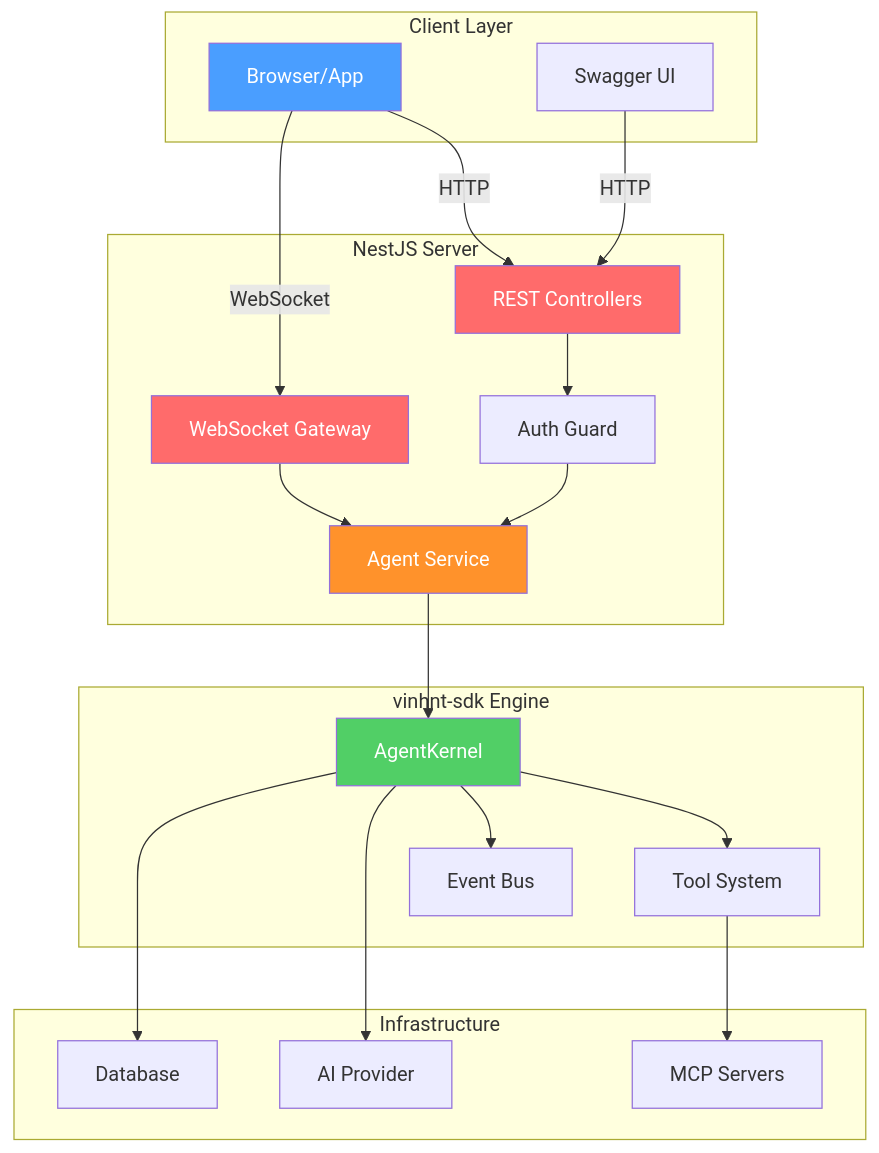
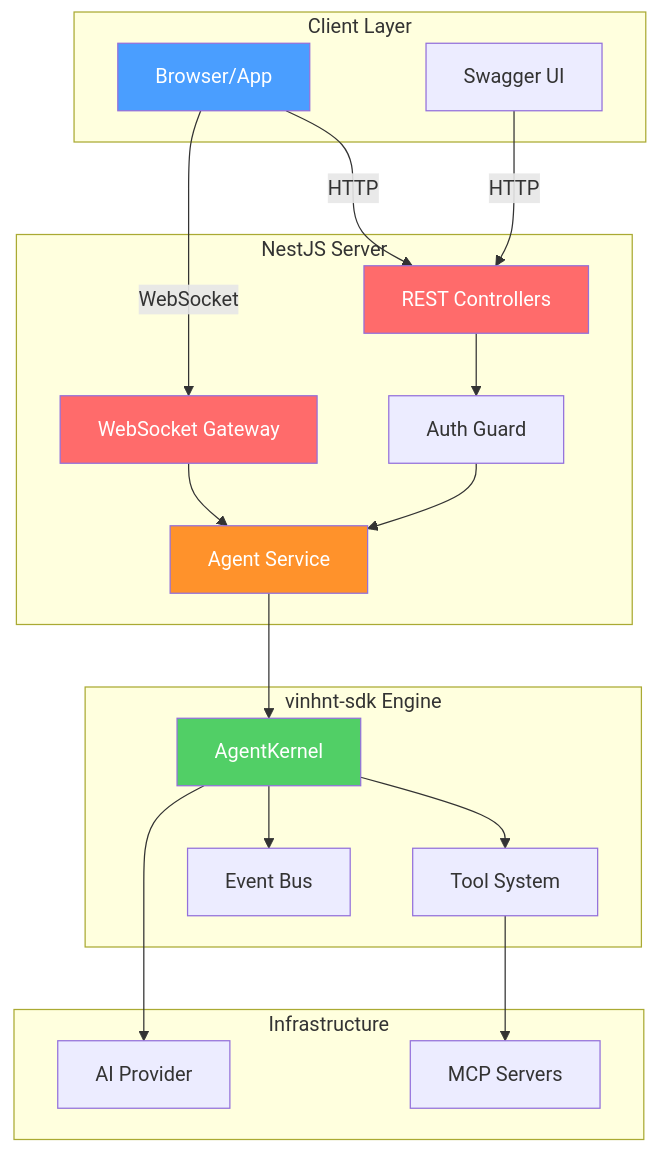
One commit to vinhnt-develop/vinhnt-sdk changed the diagram in docs/guides/nestjs-integration.md. Above: the diagram before and after it, drawn with Mermaid. The commit also changed other lines of this file and 47 other files, not shown here.

````diff
--- a/docs/guides/nestjs-integration.md
+++ b/docs/guides/nestjs-integration.md
@@ -11,45 +11,43 @@
 ```mermaid
 graph TD
     subgraph "Client Layer"
         BROWSER["Browser/App"]
         SWAGGER["Swagger UI"]
     end
 
     subgraph "NestJS Server"
         CTRL["REST Controllers"]
         GW["WebSocket Gateway"]
         SVC["Agent Service"]
         AUTH["Auth Guard"]
     end
 
     subgraph "vinhnt-sdk Engine"
         KERNEL["AgentKernel"]
         TOOLS["Tool System"]
         EVENTS["Event Bus"]
     end
 
     subgraph "Infrastructure"
         LLM["AI Provider"]
-        DB["Database"]
         MCP["MCP Servers"]
     end
 
     BROWSER -->|"HTTP"| CTRL
     BROWSER -->|"WebSocket"| GW
     SWAGGER -->|"HTTP"| CTRL
     CTRL --> AUTH
     AUTH --> SVC
     GW --> SVC
     SVC --> KERNEL
     KERNEL --> TOOLS
     KERNEL --> EVENTS
     KERNEL --> LLM
-    KERNEL --> DB
     TOOLS --> MCP
 
     style BROWSER fill:#4a9eff,color:#fff
     style CTRL fill:#ff6b6b,color:#fff
     style GW fill:#ff6b6b,color:#fff
     style SVC fill:#ff922b,color:#fff
     style KERNEL fill:#51cf66,color:#fff
 ```
````
